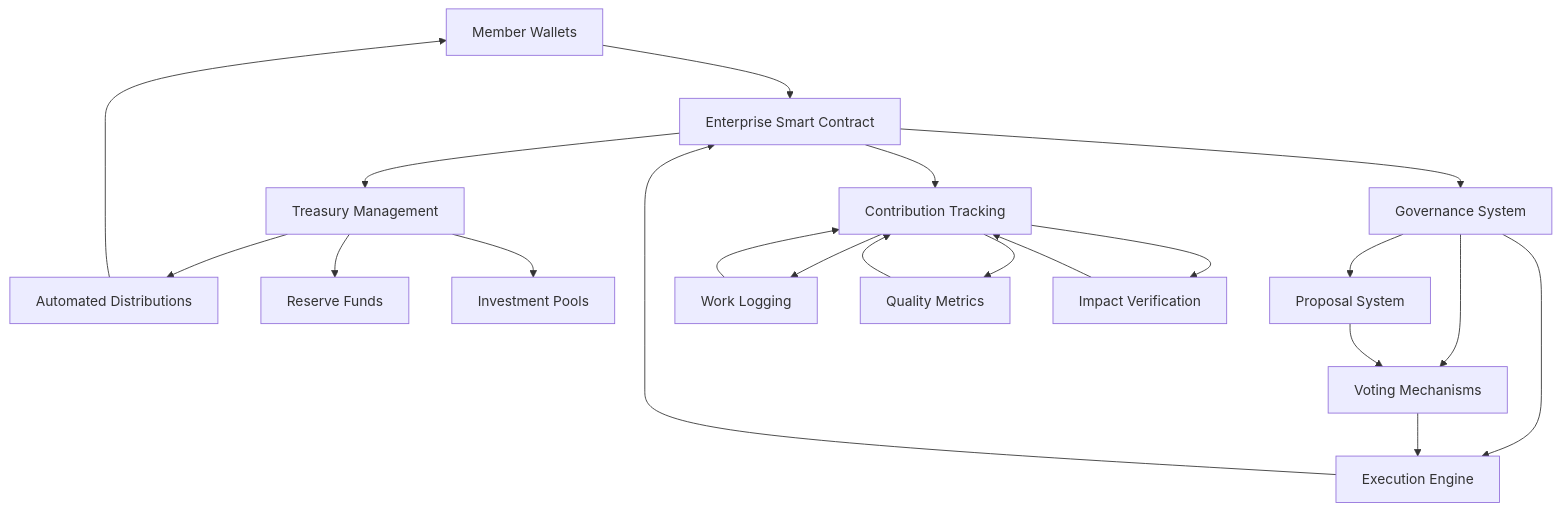
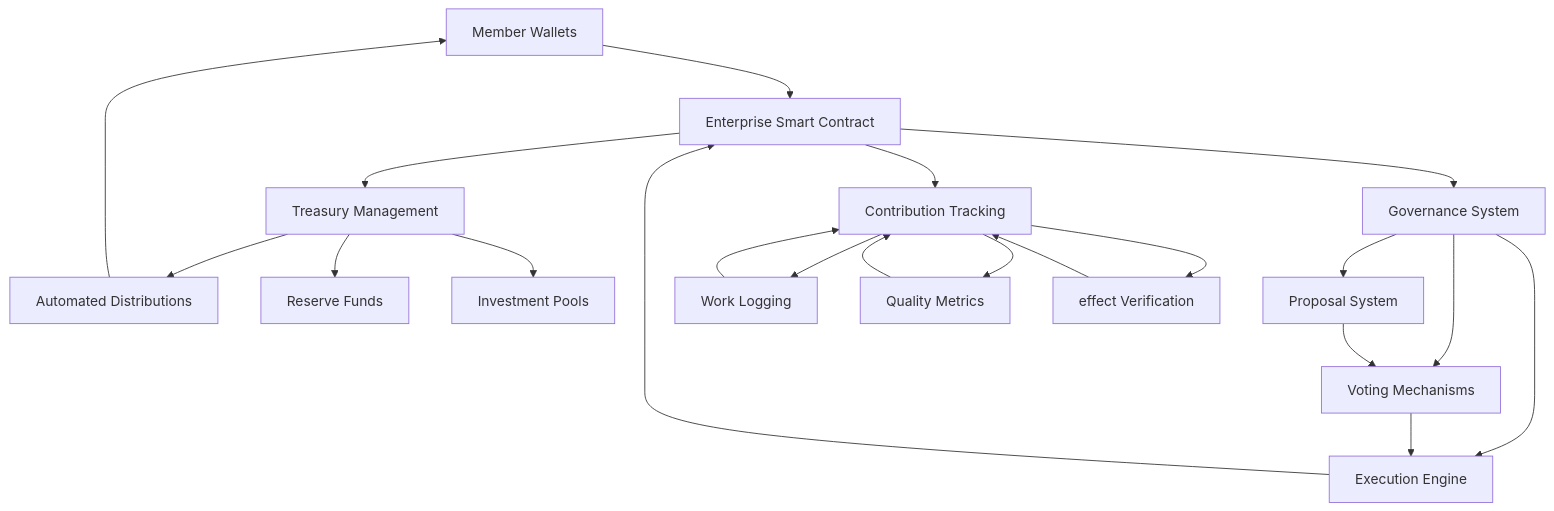
Before and after one commit to aequchain/models: the second of 4 diagrams in EVERprise/ONE: Complete Nutrition Vertical Farms DIY Farming Systems.md, drawn with Mermaid. The commit also changed other lines of this file, not shown here.

````diff
--- a/EVERprise/ONE: Complete Nutrition Vertical Farms DIY Farming Systems.md
+++ b/EVERprise/ONE: Complete Nutrition Vertical Farms DIY Farming Systems.md
@@ -515,28 +515,28 @@
 ```mermaid
 graph TB
     A[Member Wallets] --> B[Enterprise Smart Contract]
     B --> C[Treasury Management]
     B --> D[Governance System]
     B --> E[Contribution Tracking]
     
     C --> F[Automated Distributions]
     C --> G[Reserve Funds]
     C --> H[Investment Pools]
     
     D --> I[Proposal System]
     D --> J[Voting Mechanisms]
     D --> K[Execution Engine]
     
     E --> L[Work Logging]
     E --> M[Quality Metrics]
-    E --> N[Impact Verification]
+    E --> N[effect Verification]
     
     F --> A
     I --> J
     J --> K
     K --> B
     
     L --> E
     M --> E
     N --> E
 ```
````
